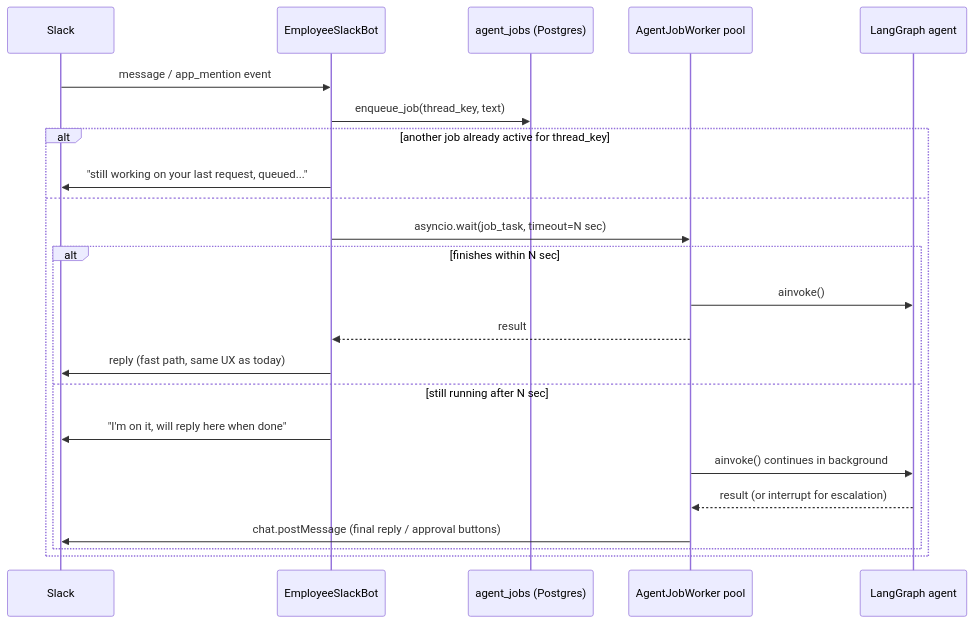
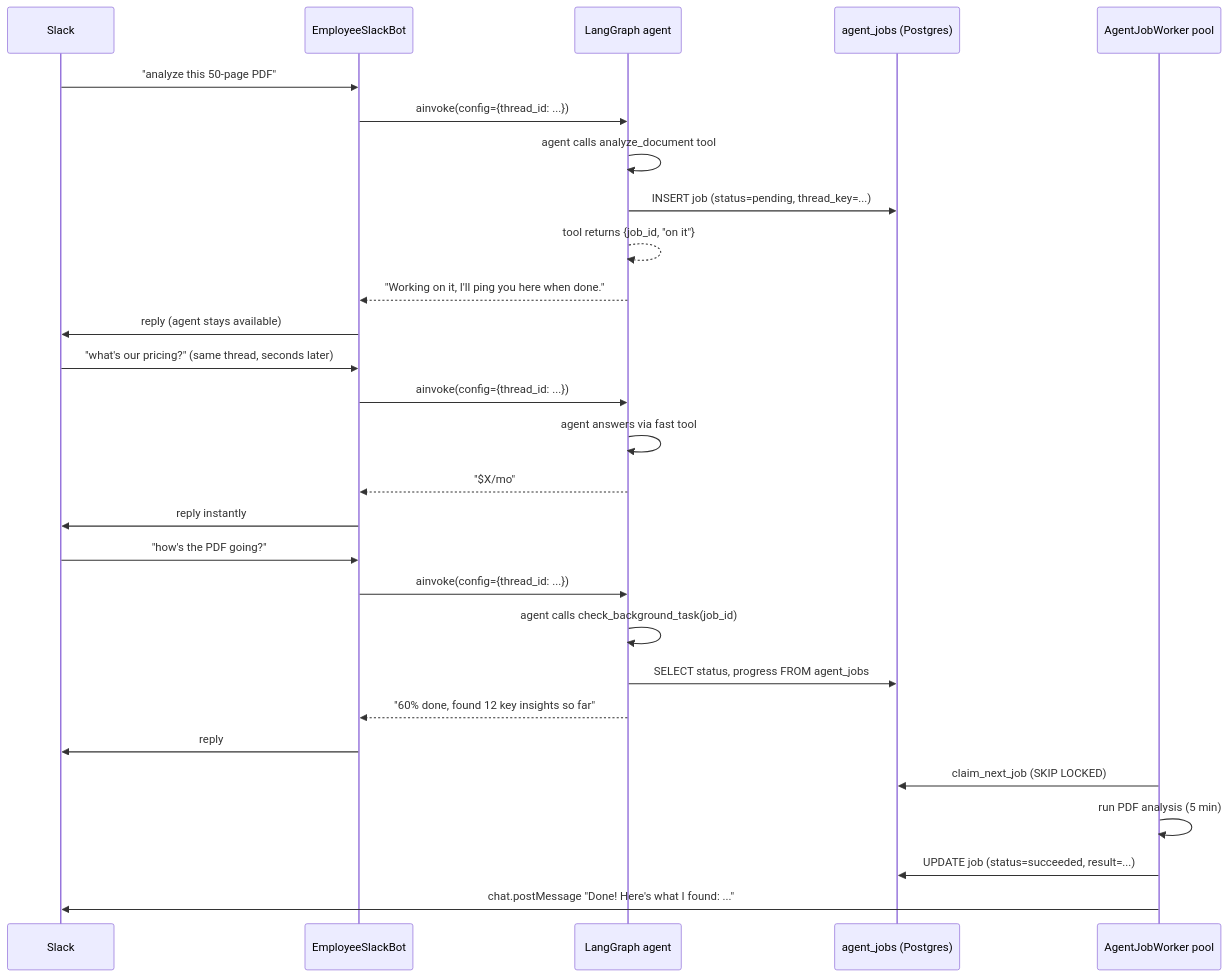
The diagram in docs/plans/async_agents_hitl_escalation_plan.md (icyzh/openhuman), drawn with Mermaid before and after one commit. The commit also changed other lines of this file and 1 other file, not shown here.

First line of the commit message:
refactor: shift HITL plan to tool-level async dispatch, fix EmployeeResponse types

````diff
--- a/docs/plans/async_agents_hitl_escalation_plan.md
+++ b/docs/plans/async_agents_hitl_escalation_plan.md
@@ -31,26 +40,34 @@
 ```mermaid
 sequenceDiagram
     participant Slack
     participant Bot as EmployeeSlackBot
-    participant Queue as agent_jobs (Postgres)
+    participant Graph as LangGraph agent
+    participant DB as agent_jobs (Postgres)
     participant Worker as AgentJobWorker pool
-    participant Graph as LangGraph agent
 
-    Slack->>Bot: message / app_mention event
-    Bot->>Queue: enqueue_job(thread_key, text)
-    alt another job already active for thread_key
-        Bot->>Slack: "still working on your last request, queued..."
-    else
-        Bot->>Worker: asyncio.wait(job_task, timeout=N sec)
-        alt finishes within N sec
-            Worker->>Graph: ainvoke()
-            Worker-->>Bot: result
-            Bot->>Slack: reply (fast path, same UX as today)
-        else still running after N sec
-            Bot->>Slack: "I'm on it, will reply here when done"
-            Worker->>Graph: ainvoke() continues in background
-            Graph-->>Worker: result (or interrupt for escalation)
-            Worker->>Slack: chat.postMessage (final reply / approval buttons)
-        end
-    end
+    Slack->>Bot: "analyze this 50-page PDF"
+    Bot->>Graph: ainvoke(config={thread_id: ...})
+    Graph->>Graph: agent calls analyze_document tool
+    Graph->>DB: INSERT job (status=pending, thread_key=...)
+    Graph-->>Graph: tool returns {job_id, "on it"}
+    Graph-->>Bot: "Working on it, I'll ping you here when done."
+    Bot->>Slack: reply (agent stays available)
+
+    Slack->>Bot: "what's our pricing?" (same thread, seconds later)
+    Bot->>Graph: ainvoke(config={thread_id: ...})
+    Graph->>Graph: agent answers via fast tool
+    Graph-->>Bot: "$X/mo"
+    Bot->>Slack: reply instantly
+
+    Slack->>Bot: "how's the PDF going?"
+    Bot->>Graph: ainvoke(config={thread_id: ...})
+    Graph->>Graph: agent calls check_background_task(job_id)
+    Graph->>DB: SELECT status, progress FROM agent_jobs
+    Graph-->>Bot: "60% done, found 12 key insights so far"
+    Bot->>Slack: reply
+
+    Worker->>DB: claim_next_job (SKIP LOCKED)
+    Worker->>Worker: run PDF analysis (5 min)
+    Worker->>DB: UPDATE job (status=succeeded, result=...)
+    Worker->>Slack: chat.postMessage "Done! Here's what I found: ..."
 ```
````
